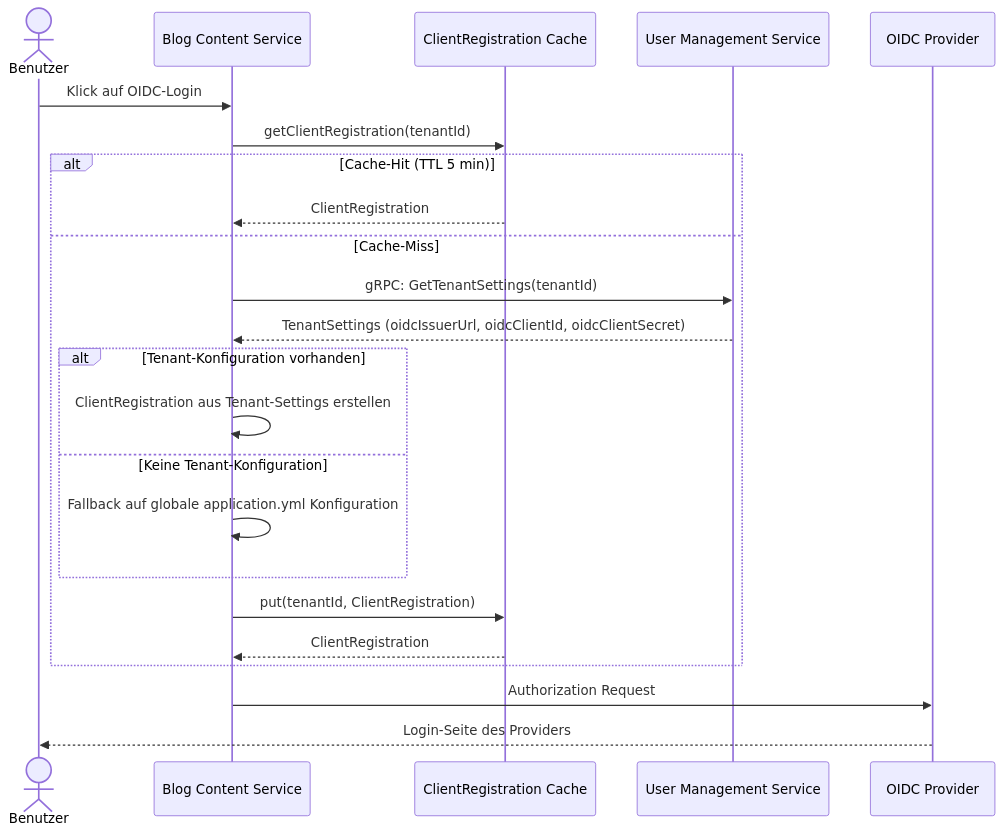
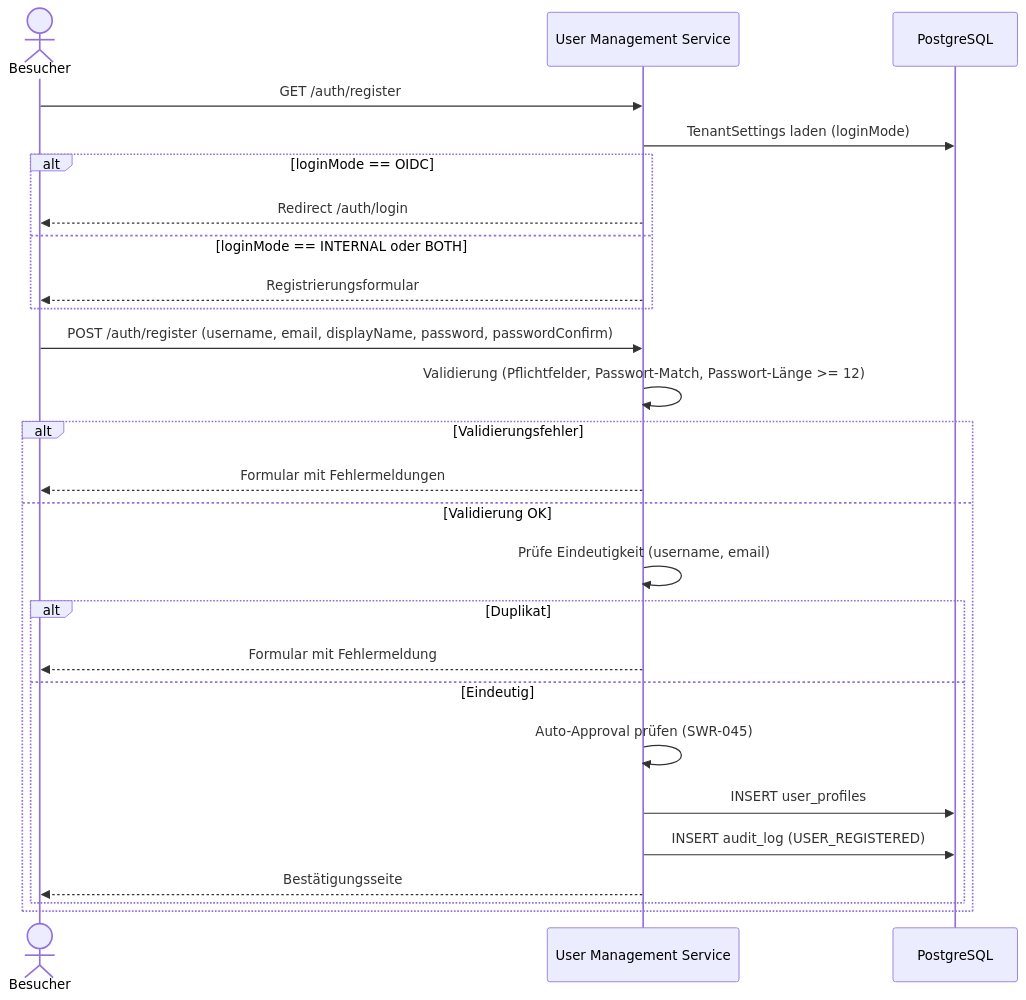
Before and after one commit to tomirgang/tomsblog: the fifth of 6 diagrams in docs/design/modules/ROOT/pages/user-management/index.adoc, drawn with Mermaid. The commit also changed other lines of this file and 57 other files, not shown here.

Commit message:
decouple user and blog wervice

```diff
--- a/docs/design/modules/ROOT/pages/user-management/index.adoc
+++ b/docs/design/modules/ROOT/pages/user-management/index.adoc
@@ -436,27 +454,31 @@
 [mermaid]
 ----
 sequenceDiagram
-    actor User as Benutzer
-    participant BCS as Blog Content Service
-    participant Cache as ClientRegistration Cache
+    actor User as Besucher
     participant UMS as User Management Service
-    participant IDP as OIDC Provider
+    participant DB as PostgreSQL
 
-    User->>BCS: Klick auf OIDC-Login
-    BCS->>Cache: getClientRegistration(tenantId)
-    alt Cache-Hit (TTL 5 min)
-        Cache-->>BCS: ClientRegistration
-    else Cache-Miss
-        BCS->>UMS: gRPC: GetTenantSettings(tenantId)
-        UMS-->>BCS: TenantSettings (oidcIssuerUrl, oidcClientId, oidcClientSecret)
-        alt Tenant-Konfiguration vorhanden
-            BCS->>BCS: ClientRegistration aus Tenant-Settings erstellen
-        else Keine Tenant-Konfiguration
-            BCS->>BCS: Fallback auf globale application.yml Konfiguration
+    User->>UMS: GET /auth/register
+    UMS->>DB: TenantSettings laden (loginMode)
+    alt loginMode == OIDC
+        UMS-->>User: Redirect /auth/login
+    else loginMode == INTERNAL oder BOTH
+        UMS-->>User: Registrierungsformular
+    end
+
+    User->>UMS: POST /auth/register (username, email, displayName, password, passwordConfirm)
+    UMS->>UMS: Validierung (Pflichtfelder, Passwort-Match, Passwort-Länge >= 12)
+    alt Validierungsfehler
+        UMS-->>User: Formular mit Fehlermeldungen
+    else Validierung OK
+        UMS->>UMS: Prüfe Eindeutigkeit (username, email)
+        alt Duplikat
+            UMS-->>User: Formular mit Fehlermeldung
+        else Eindeutig
+            UMS->>UMS: Auto-Approval prüfen (SWR-045)
+            UMS->>DB: INSERT user_profiles
+            UMS->>DB: INSERT audit_log (USER_REGISTERED)
+            UMS-->>User: Bestätigungsseite
         end
-        BCS->>Cache: put(tenantId, ClientRegistration)
-        Cache-->>BCS: ClientRegistration
     end
-    BCS->>IDP: Authorization Request
-    IDP-->>User: Login-Seite des Providers
 ----
```
